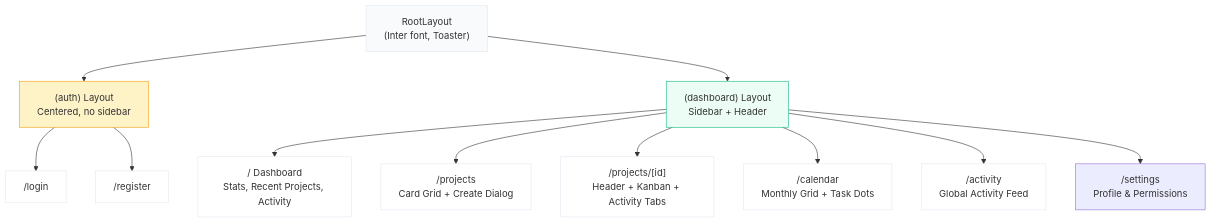
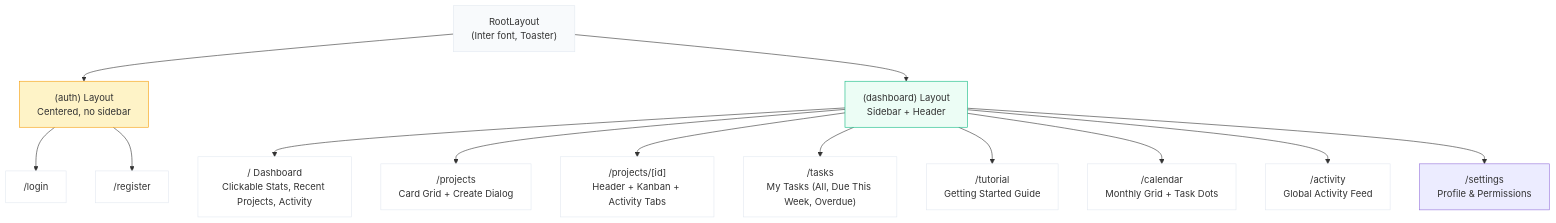
One commit to akbarherekar/QIapp changed the fifth of 17 diagrams in docs/diagrams.md. Above: the diagram before and after it, drawn with Mermaid. The commit also changed other lines of this file and 5 other files, not shown here.

````diff
--- a/docs/diagrams.md
+++ b/docs/diagrams.md
@@ -381,28 +382,32 @@
 ```mermaid
 graph TD
     Root["RootLayout<br/>(Inter font, Toaster)"]
 
     Root --> AuthGroup["(auth) Layout<br/>Centered, no sidebar"]
     Root --> DashGroup["(dashboard) Layout<br/>Sidebar + Header"]
 
     AuthGroup --> Login["/login"]
     AuthGroup --> Register["/register"]
 
-    DashGroup --> Dashboard["/ Dashboard<br/>Stats, Recent Projects, Activity"]
+    DashGroup --> Dashboard["/ Dashboard<br/>Clickable Stats, Recent Projects, Activity"]
     DashGroup --> ProjectList["/projects<br/>Card Grid + Create Dialog"]
     DashGroup --> ProjectDetail["/projects/[id]<br/>Header + Kanban + Activity Tabs"]
+    DashGroup --> MyTasks["/tasks<br/>My Tasks (All, Due This Week, Overdue)"]
+    DashGroup --> Tutorial["/tutorial<br/>Getting Started Guide"]
     DashGroup --> Calendar["/calendar<br/>Monthly Grid + Task Dots"]
     DashGroup --> Activity["/activity<br/>Global Activity Feed"]
     DashGroup --> Settings["/settings<br/>Profile & Permissions"]
 
     style Root fill:#f8fafc,stroke:#e2e8f0
     style AuthGroup fill:#fef3c7,stroke:#f59e0b
     style DashGroup fill:#ecfdf5,stroke:#10b981
     style Dashboard fill:#fff,stroke:#e2e8f0
     style ProjectList fill:#fff,stroke:#e2e8f0
     style ProjectDetail fill:#fff,stroke:#e2e8f0
+    style MyTasks fill:#fff,stroke:#e2e8f0
+    style Tutorial fill:#fff,stroke:#e2e8f0
     style Calendar fill:#fff,stroke:#e2e8f0
     style Activity fill:#fff,stroke:#e2e8f0
     style Login fill:#fff,stroke:#e2e8f0
     style Register fill:#fff,stroke:#e2e8f0
 ```
````
